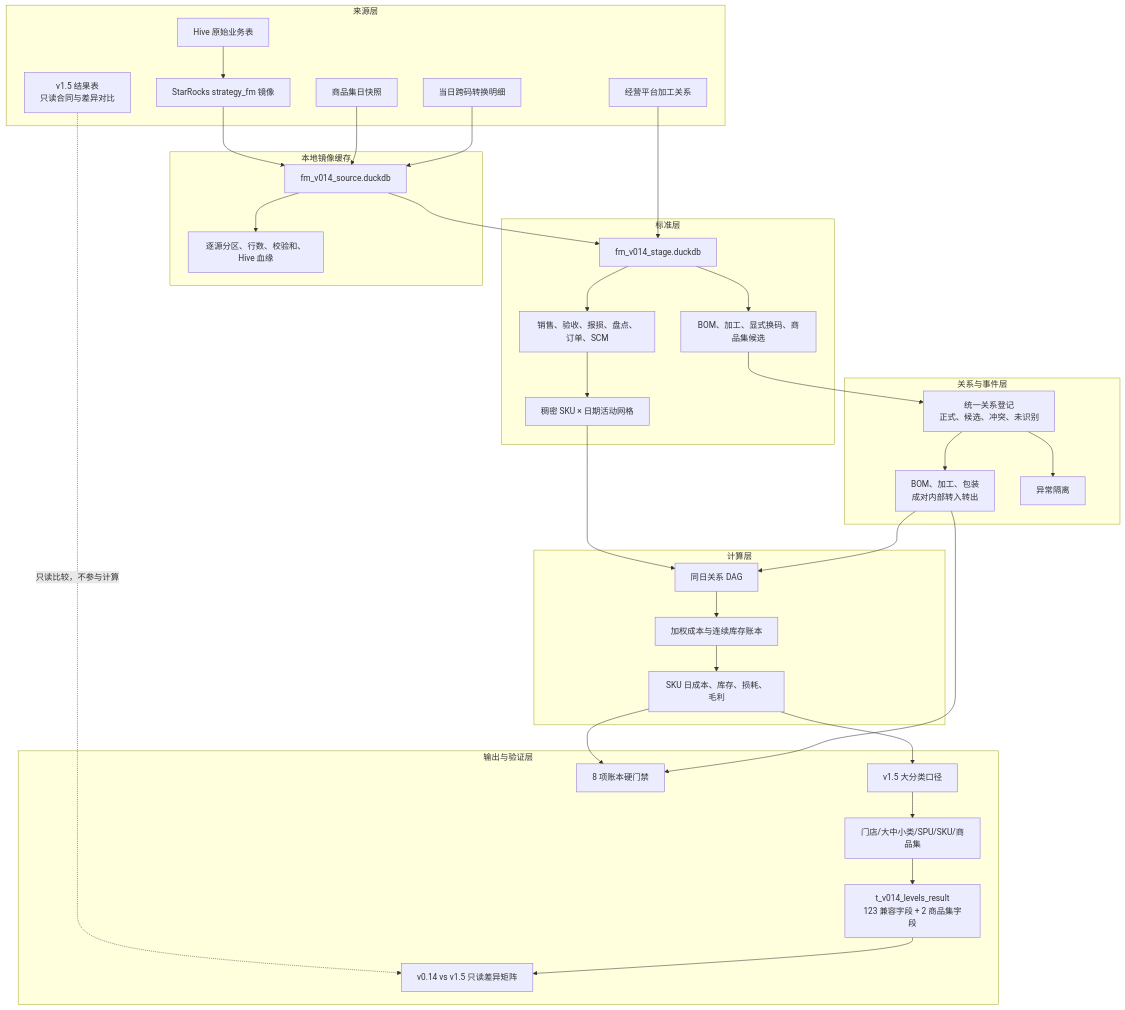
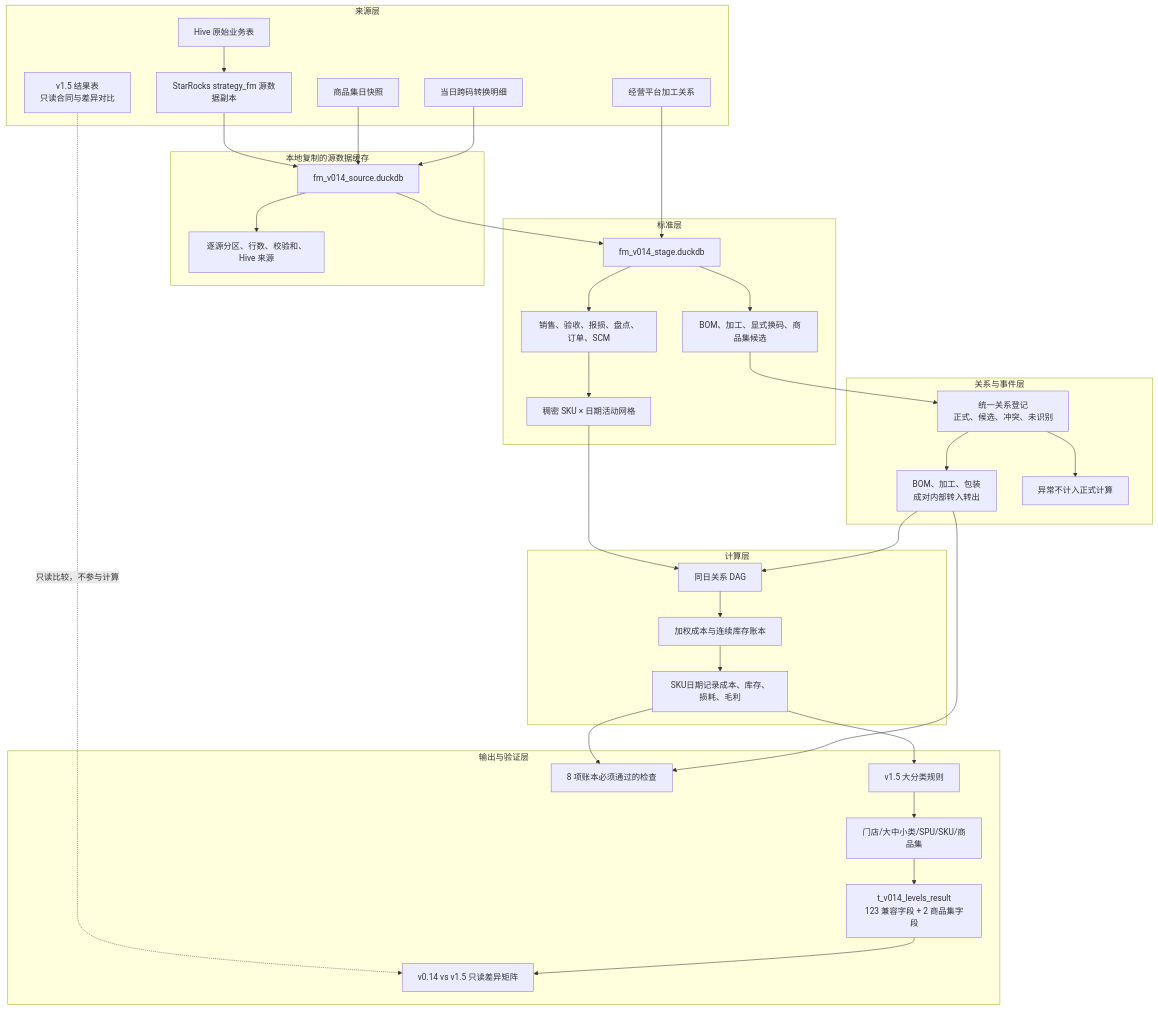
Before and after one commit to kate636/cuihua-data: the first of 5 diagrams in fmetl/docs/architecture/V0.14_IMPLEMENTED_ARCHITECTURE.md, drawn with Mermaid. The commit also changed other lines of this file and 42 other files, not shown here.

````diff
--- a/fmetl/docs/architecture/V0.14_IMPLEMENTED_ARCHITECTURE.md
+++ b/fmetl/docs/architecture/V0.14_IMPLEMENTED_ARCHITECTURE.md
@@ -15,63 +15,63 @@
 ```mermaid
 flowchart TB
     subgraph S["来源层"]
-        H["Hive 原始业务表"] --> M["StarRocks strategy_fm 镜像"]
+        H["Hive 原始业务表"] --> M["StarRocks strategy_fm 源数据副本"]
         G["商品集日快照"]
         X["当日跨码转换明细"]
         P["经营平台加工关系"]
         V["v1.5 结果表\n只读合同与差异对比"]
     end
 
-    subgraph C["本地镜像缓存"]
+    subgraph C["本地复制的源数据缓存"]
         CDB["fm_v014_source.duckdb"]
-        CM["逐源分区、行数、校验和、Hive 血缘"]
+        CM["逐源分区、行数、校验和、Hive 来源"]
     end
 
     subgraph T["标准层"]
         TDB["fm_v014_stage.duckdb"]
         F["销售、验收、报损、盘点、订单、SCM"]
         R["BOM、加工、显式换码、商品集候选"]
         D["稠密 SKU × 日期活动网格"]
     end
 
     subgraph A["关系与事件层"]
         RR["统一关系登记\n正式、候选、冲突、未识别"]
         E["BOM、加工、包装\n成对内部转入转出"]
-        Q["异常隔离"]
+        Q["异常不计入正式计算"]
     end
 
     subgraph L["计算层"]
         DAG["同日关系 DAG"]
         W["加权成本与连续库存账本"]
-        SD["SKU 日成本、库存、损耗、毛利"]
+        SD["SKU日期记录成本、库存、损耗、毛利"]
     end
 
     subgraph O["输出与验证层"]
-        K["v1.5 大分类口径"]
+        K["v1.5 大分类规则"]
         LV["门店/大中小类/SPU/SKU/商品集"]
         OUT["t_v014_levels_result\n123 兼容字段 + 2 商品集字段"]
-        GATE["8 项账本硬门禁"]
+        GATE["8 项账本必须通过的检查"]
         CMP["v0.14 vs v1.5 只读差异矩阵"]
     end
 
     M --> CDB
     G --> CDB
     X --> CDB
     CDB --> CM
     CDB --> TDB
     P --> TDB
     TDB --> F
     TDB --> R
     F --> D
     R --> RR
     RR --> E
     RR --> Q
     D --> DAG
     E --> DAG
     DAG --> W --> SD
     SD --> K --> LV --> OUT
     SD --> GATE
     E --> GATE
     V -.->|"只读比较，不参与计算"| CMP
     OUT --> CMP
 ```
````
